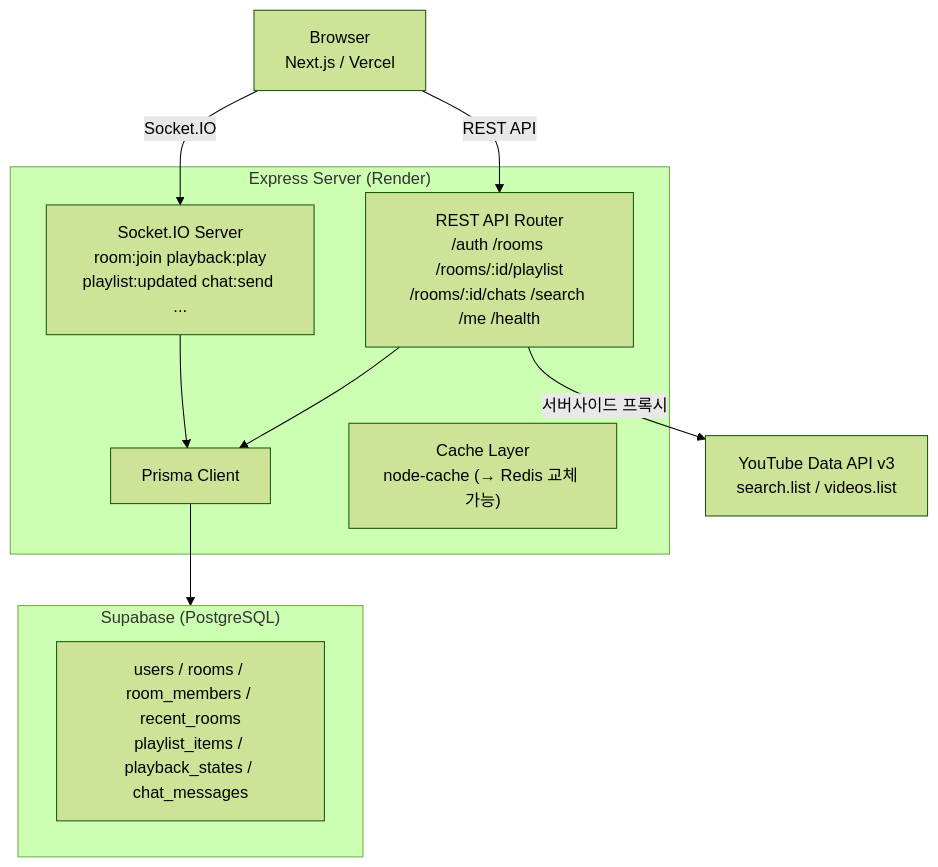
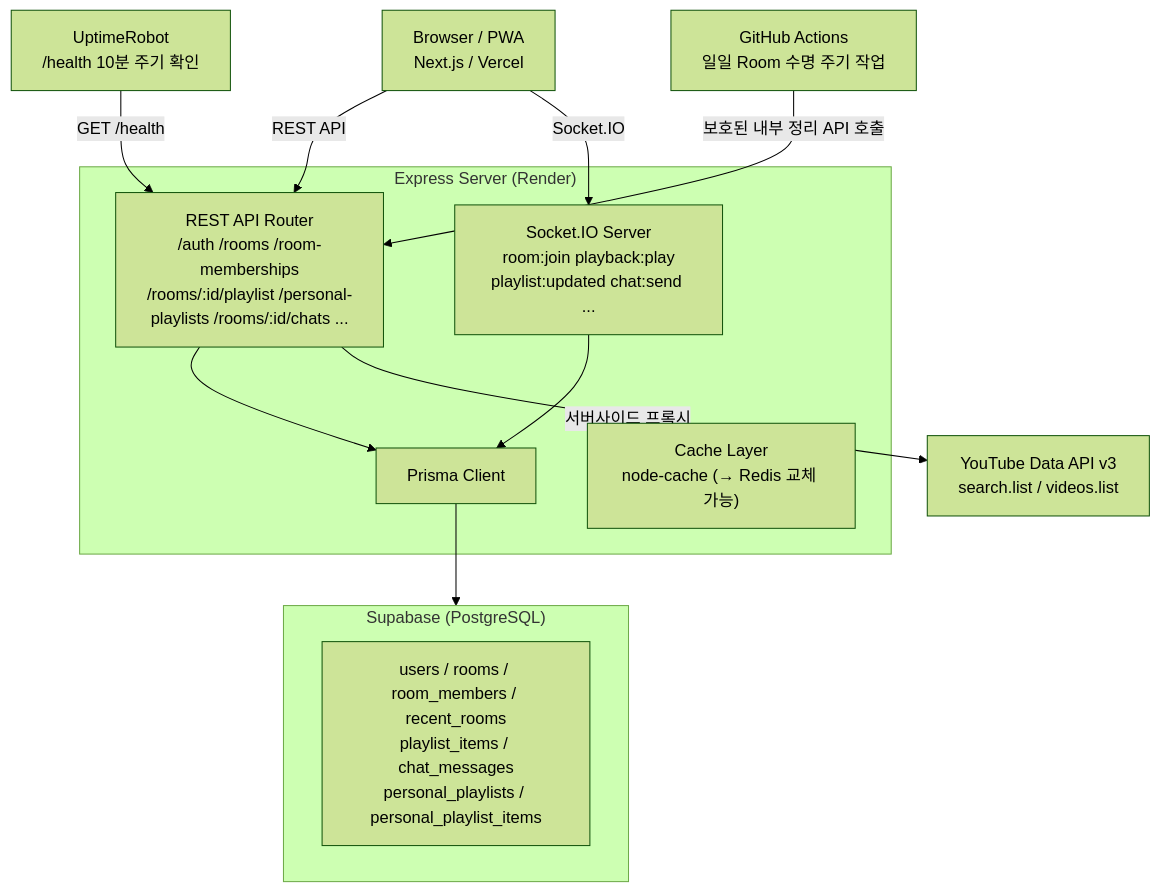
One commit to TechUP-SYFITY/SYFITY changed the first of 11 diagrams in docs/02-system-architecture.md. Above: the diagram before and after it, drawn with Mermaid (forest theme). The commit also changed other lines of this file and 11 other files, not shown here.

````diff
--- a/docs/02-system-architecture.md
+++ b/docs/02-system-architecture.md
@@ -80,24 +82,28 @@
 ```mermaid
 graph TD
-    Client["Browser<br>Next.js / Vercel"]
+    Client["Browser / PWA<br>Next.js / Vercel"]
+    Monitor["UptimeRobot<br>/health 10분 주기 확인"]
+    Scheduler["GitHub Actions<br>일일 Room 수명 주기 작업"]
 
     subgraph Express["Express Server (Render)"]
-        API["REST API Router<br>/auth /rooms /rooms/:id/playlist<br>/rooms/:id/chats /search /me /health"]
+        API["REST API Router<br>/auth /rooms /room-memberships<br>/rooms/:id/playlist /personal-playlists /rooms/:id/chats ..."]
         Socket["Socket.IO Server<br>room:join playback:play<br>playlist:updated chat:send ..."]
         Prisma["Prisma Client"]
         Cache["Cache Layer<br>node-cache (→ Redis 교체 가능)"]
     end
 
     subgraph DB["Supabase (PostgreSQL)"]
-        Tables["users / rooms / room_members / recent_rooms<br>playlist_items / playback_states / chat_messages"]
+        Tables["users / rooms / room_members / recent_rooms<br>playlist_items / chat_messages<br>personal_playlists / personal_playlist_items"]
     end
 
     YouTube["YouTube Data API v3<br>search.list / videos.list"]
 
     Client -->|REST API| API
     Client -->|Socket.IO| Socket
+    Monitor -->|GET /health| API
+    Scheduler -->|보호된 내부 정리 API 호출| API
     API --> Prisma
     Socket --> Prisma
     Prisma --> DB
     API -->|서버사이드 프록시| YouTube
 ```
````
